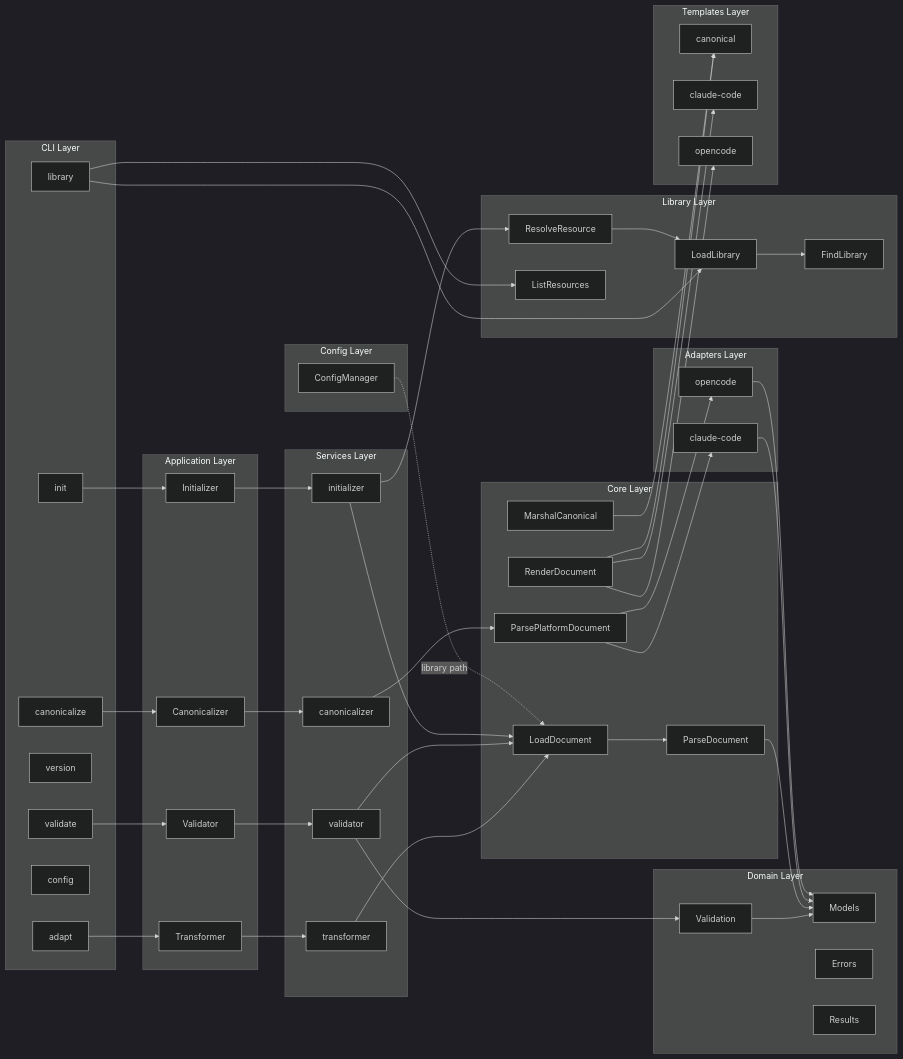
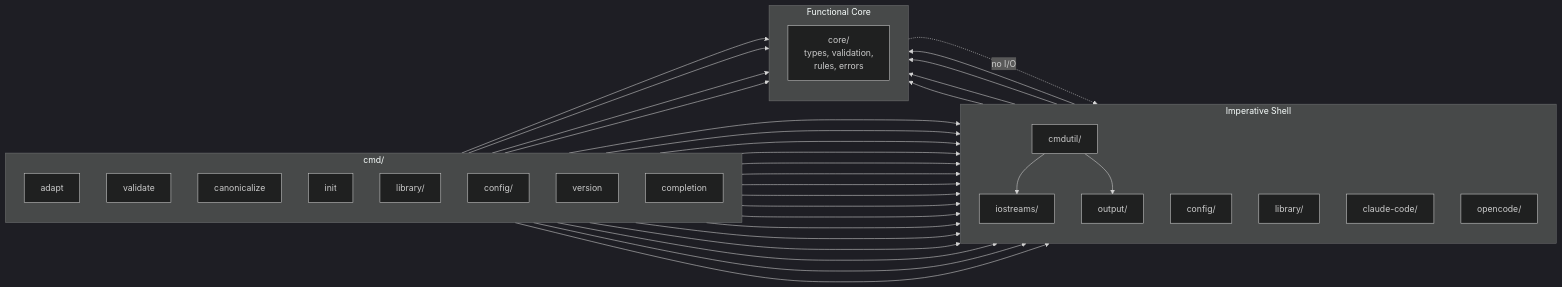
The first of 2 diagrams in AGENTS.md (amauryconstant/germinator), drawn with Mermaid (dark theme) before and after one commit. The commit also changed other lines of this file and 3 other files, not shown here.

Commit message:
Document target golang-cli-architecture layout

````diff
--- a/AGENTS.md
+++ b/AGENTS.md
@@ -7,94 +7,58 @@
 ```mermaid
 graph LR
-    subgraph CLI[CLI Layer]
-        V[validate]
-        A[adapt]
-        C[canonicalize]
+    subgraph CLI[cmd/]
+        direction TB
+        AD[adapt]
+        VA[validate]
+        CA[canonicalize]
+        IN[init]
+        LIB[library/]
+        CFG[config/]
         VER[version]
-        L[library]
-        CNF[config]
-        I[init]
+        COM[completion]
     end
 
-    subgraph APP[Application Layer]
-        IT[Transformer]
-        IV[Validator]
-        IC[Canonicalizer]
-        II[Initializer]
+    subgraph SHELL[Imperative Shell]
+        direction TB
+        IO[iostreams/]
+        OUT[output/]
+        CU[cmdutil/]
+        CONF[config/]
+        LIBL[library/]
+        CC[claude-code/]
+        OC[opencode/]
     end
 
-    subgraph SVC[Services Layer]
-        ST[transformer]
-        SV[validator]
-        SC[canonicalizer]
-        IN[initializer]
+    subgraph CORE[Functional Core]
+        direction TB
+        COR[core/<br/>types, validation,<br/>rules, errors]
     end
 
-    subgraph LIB[Library Layer]
-        LL[LoadLibrary]
-        LR[ResolveResource]
-        LS[ListResources]
-        LD[FindLibrary]
-    end
-
-    subgraph CORE[Core Layer]
-        LDc[LoadDocument]
-        P[ParseDocument]
-        R[RenderDocument]
-        MP[ParsePlatformDocument]
-        MC[MarshalCanonical]
-    end
-
-    subgraph DOMAIN[Domain Layer]
-        DM[Models]
-        DE[Errors]
-        DV[Validation]
-        DR[Results]
-    end
-
-    subgraph CFG[Config Layer]
-        CM[ConfigManager]
-    end
-
-    subgraph ADP[Adapters Layer]
-        ACC[claude-code]
-        AOC[opencode]
-    end
-
-    subgraph TPL[Templates Layer]
-        TC[canonical]
-        TCC[claude-code]
-        TOC[opencode]
-    end
-
-    V --> IV
-    A --> IT
-    C --> IC
-    I --> II
-    L --> LL
-    L --> LS
-    IT --> ST
-    IV --> SV
-    IC --> SC
-    II --> IN
-    ST --> LDc
-    SV --> LDc
-    SV --> DV
-    DV --> DM
-    SC --> MP
-    IN --> LDc
-    IN --> LR
-    LR --> LL
-    LL --> LD
-    LDc --> P
-    R --> TC
-    R --> TCC
-    R --> TOC
-    MC --> TC
-    P --> DM
-    MP --> ACC
-    MP --> AOC
-    ACC --> DM
-    AOC --> DM
-    CM -.->|library path| LDc
+    AD --> CU
+    AD --> CC
+    AD --> OC
+    AD --> COR
+    AD --> IO
+    AD --> OUT
+    VA --> CU
+    VA --> CC
+    VA --> OC
+    VA --> COR
+    CA --> CU
+    CA --> CC
+    CA --> OC
+    CA --> COR
+    IN --> CU
+    IN --> CC
+    IN --> OC
+    IN --> COR
+    LIB --> CU
+    LIB --> LIBL
+    LIBL --> COR
+    CONF --> COR
+    CC --> COR
+    OC --> COR
+    CU --> IO
+    CU --> OUT
+    COR -.->|no I/O| SHELL
 ```
````
